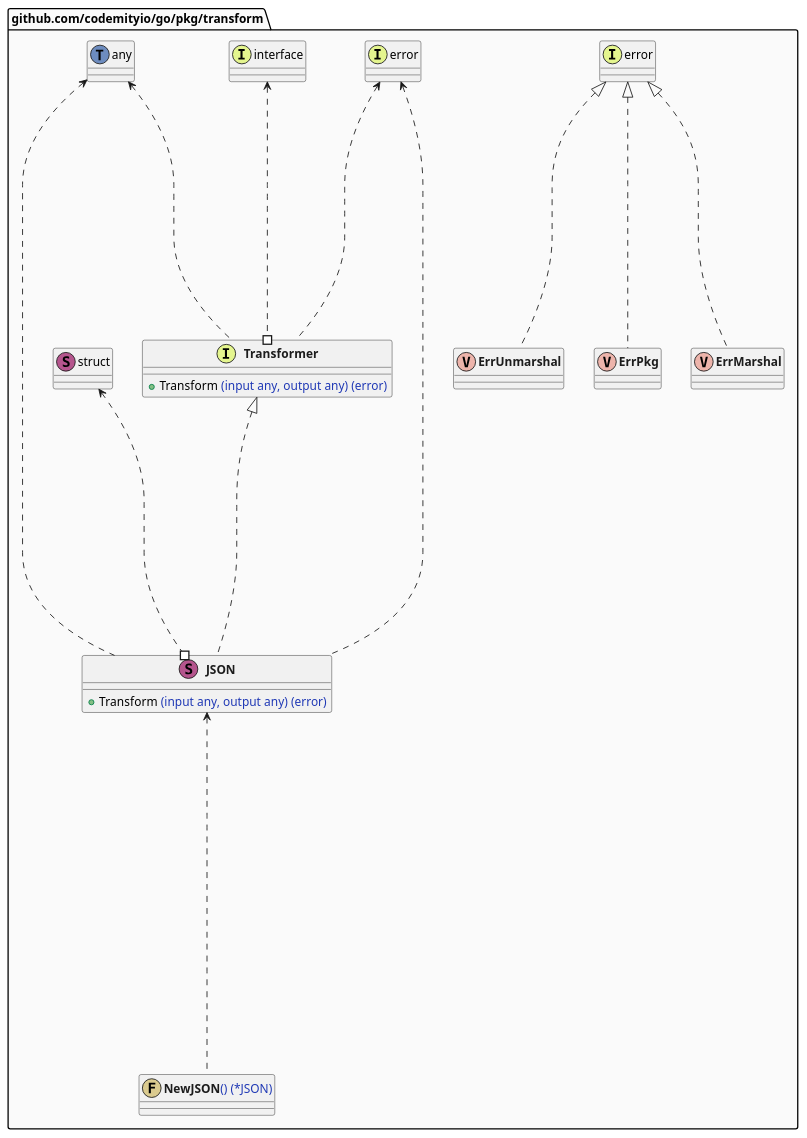
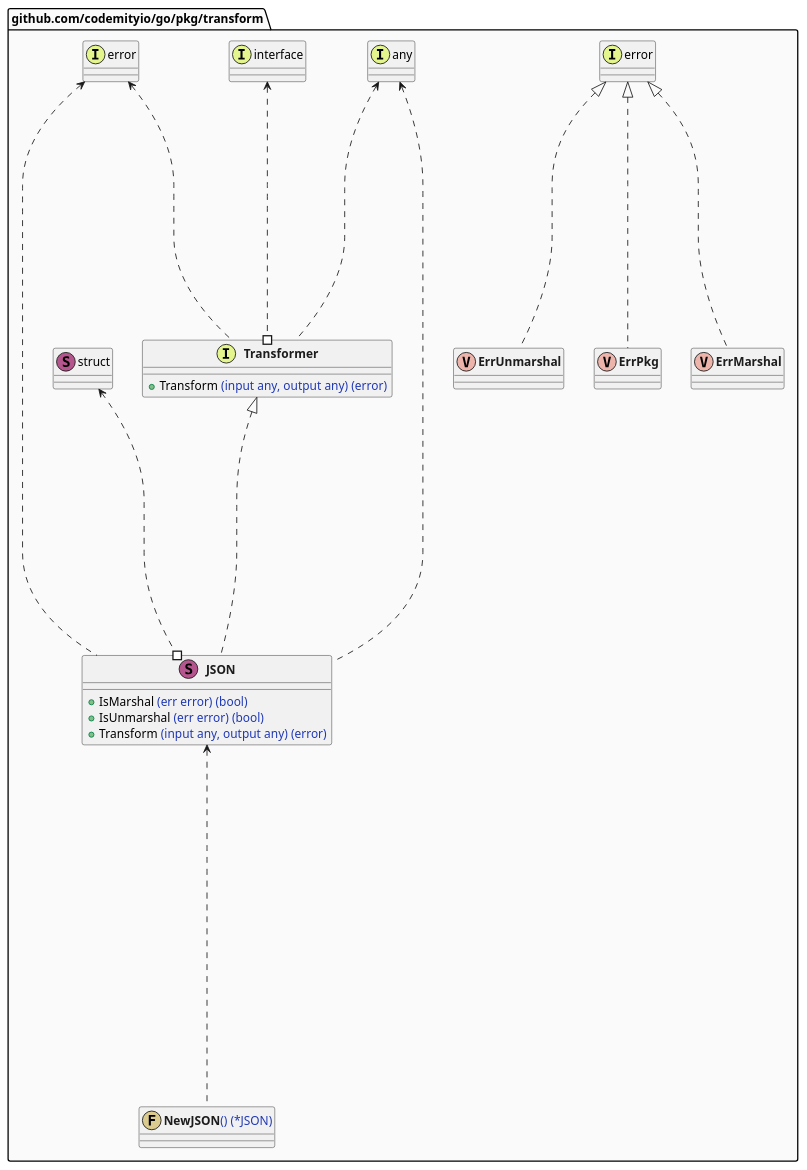
Before and after one commit to codemityio/go: the diagram in pkg/transform/graph.puml, drawn with PlantUML. The commit also changed 64 other files, not shown here.

```diff
--- a/pkg/transform/graph.puml
+++ b/pkg/transform/graph.puml
@@ -1,44 +1,48 @@
 @startuml
 top to bottom direction
 skinparam package {
     BackgroundColor #fafafa
 }
 skinparam defaulttextalignment center
 skinparam noteTextAlignment left
 package "github.com/codemityio/go/pkg/transform" as github_com_codemityio_go_pkg_transform {
     class "<b><font color=#1c1c1c>Transformer</font></b>" as github_com_codemityio_go_pkg_transform_Transformer << (I, #e4f58e) >> {
         + Transform <font color=#1f38b5>(input any, output any) (error)</font>
     }
     class "<b><font color=#1c1c1c>JSON</font></b>" as github_com_codemityio_go_pkg_transform_JSON << (S, #b5558d) >> {
+        + IsMarshal <font color=#1f38b5>(err error) (bool)</font>
+        + IsUnmarshal <font color=#1f38b5>(err error) (bool)</font>
         + Transform <font color=#1f38b5>(input any, output any) (error)</font>
     }
     class "<b><font color=#1c1c1c>ErrPkg</font></b>" as github_com_codemityio_go_pkg_transform_ErrPkg << (V, #edb4ab) >> {}
     class "<b><font color=#1c1c1c>ErrMarshal</font></b>" as github_com_codemityio_go_pkg_transform_ErrMarshal << (V, #edb4ab) >> {}
     class "<b><font color=#1c1c1c>ErrUnmarshal</font></b>" as github_com_codemityio_go_pkg_transform_ErrUnmarshal << (V, #edb4ab) >> {}
     class "<b><font color=#1c1c1c>NewJSON</font></b><font color=#1f38b5>() (*JSON)</font>" as github_com_codemityio_go_pkg_transform_NewJSON << (F, #dbcb8f) >> {}
 }
 package "github.com/codemityio/go/pkg/transform" as github_com_codemityio_go_pkg_transform {
     class "interface" as _interface << (I, #e4f58e) >> {}
-    class "any" as _any << (T, #6d8cbf) >> {}
+    class "any" as _any << (I, #e4f58e) >> {}
     class "error" as _error << (I, #e4f58e) >> {}
     class "struct" as _struct << (S, #b5558d) >> {}
-    class "any" as _any << (T, #6d8cbf) >> {}
+    class "error" as _error << (I, #e4f58e) >> {}
+    class "error" as _error << (I, #e4f58e) >> {}
+    class "any" as _any << (I, #e4f58e) >> {}
     class "error" as _error << (I, #e4f58e) >> {}
     class "error" as error << (I, #e4f58e) >> {}
     class "error" as error << (I, #e4f58e) >> {}
     class "error" as error << (I, #e4f58e) >> {}
 }
 package "github.com/codemityio/go/pkg/transform" as github_com_codemityio_go_pkg_transform {
     github_com_codemityio_go_pkg_transform_Transformer #...up...> _interface
     github_com_codemityio_go_pkg_transform_Transformer ...up...> _any
     github_com_codemityio_go_pkg_transform_Transformer ...up...> _error
     github_com_codemityio_go_pkg_transform_JSON #...up...> _struct
     github_com_codemityio_go_pkg_transform_JSON ...up...|> github_com_codemityio_go_pkg_transform_Transformer
+    github_com_codemityio_go_pkg_transform_JSON ...up...> _error
     github_com_codemityio_go_pkg_transform_JSON ...up...> _any
-    github_com_codemityio_go_pkg_transform_JSON ...up...> _error
     github_com_codemityio_go_pkg_transform_ErrPkg ...up...|> error
     github_com_codemityio_go_pkg_transform_ErrMarshal ...up...|> error
     github_com_codemityio_go_pkg_transform_ErrUnmarshal ...up...|> error
     github_com_codemityio_go_pkg_transform_NewJSON ....up....> github_com_codemityio_go_pkg_transform_JSON
 }
 @enduml
```
